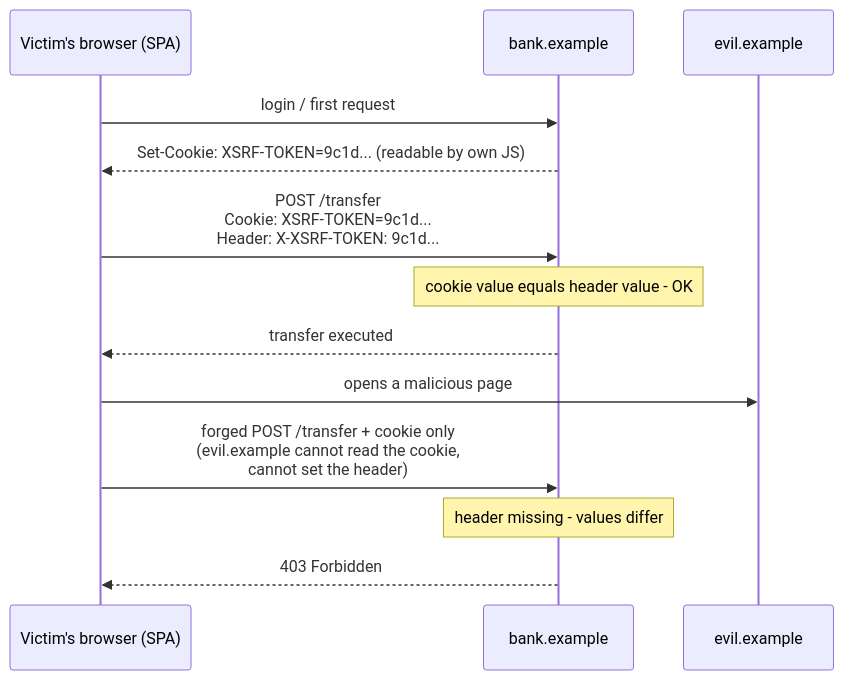
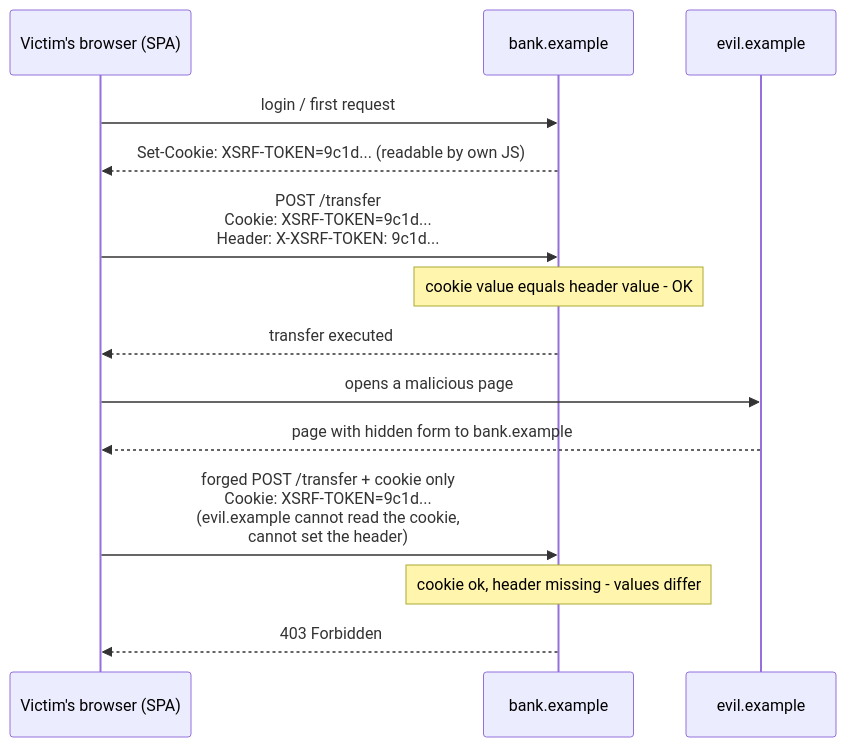
The fifth of 5 diagrams in gitbook/concepts/security-other-concepts.md (Engin1980/7vbap-gitbook), drawn with Mermaid before and after one commit. The commit also changed other lines of this file and 14 other files, not shown here.

````diff
--- a/gitbook/concepts/security-other-concepts.md
+++ b/gitbook/concepts/security-other-concepts.md
@@ -279,17 +280,18 @@
 ```mermaid
 sequenceDiagram
     participant V as Victim's browser (SPA)
     participant B as bank.example
     participant E as evil.example
 
     V->>B: login / first request
     B-->>V: Set-Cookie: XSRF-TOKEN=9c1d... (readable by own JS)
     V->>B: POST /transfer<br/>Cookie: XSRF-TOKEN=9c1d...<br/>Header: X-XSRF-TOKEN: 9c1d...
     Note over B: cookie value equals header value - OK
     B-->>V: transfer executed
 
     V->>E: opens a malicious page
-    V->>B: forged POST /transfer + cookie only<br/>(evil.example cannot read the cookie,<br/>cannot set the header)
-    Note over B: header missing - values differ
+    E-->>V: page with hidden form to bank.example    
+    V->>B: forged POST /transfer + cookie only<br/>Cookie: XSRF-TOKEN=9c1d...<br/>(evil.example cannot read the cookie,<br/>cannot set the header)
+    Note over B: cookie ok, header missing - values differ
     B-->>V: 403 Forbidden
 ```
````
